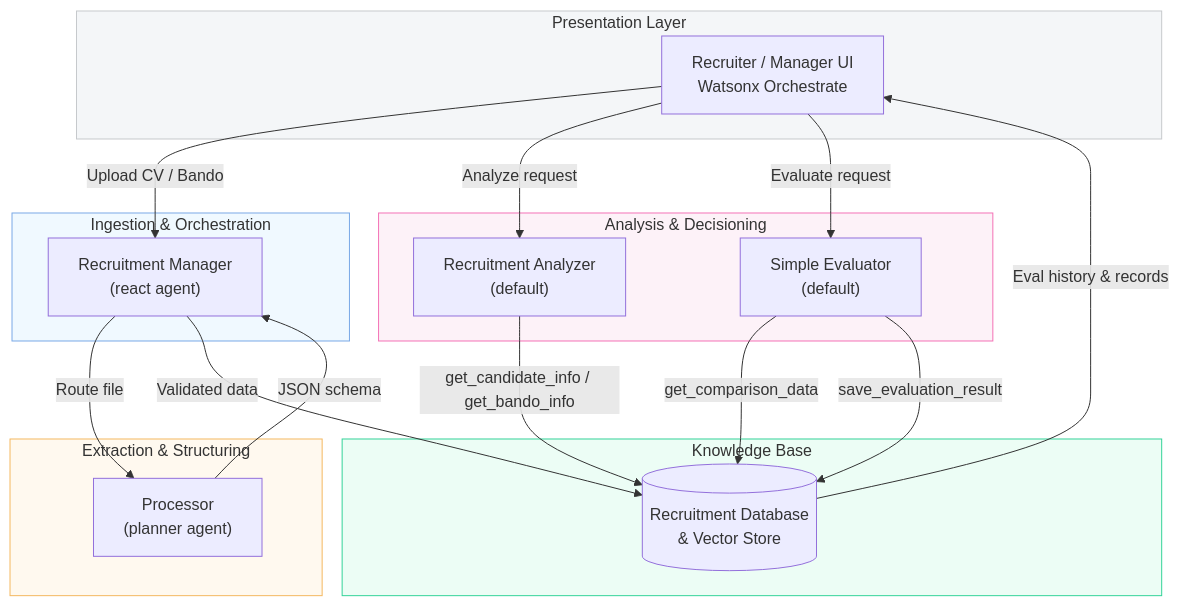
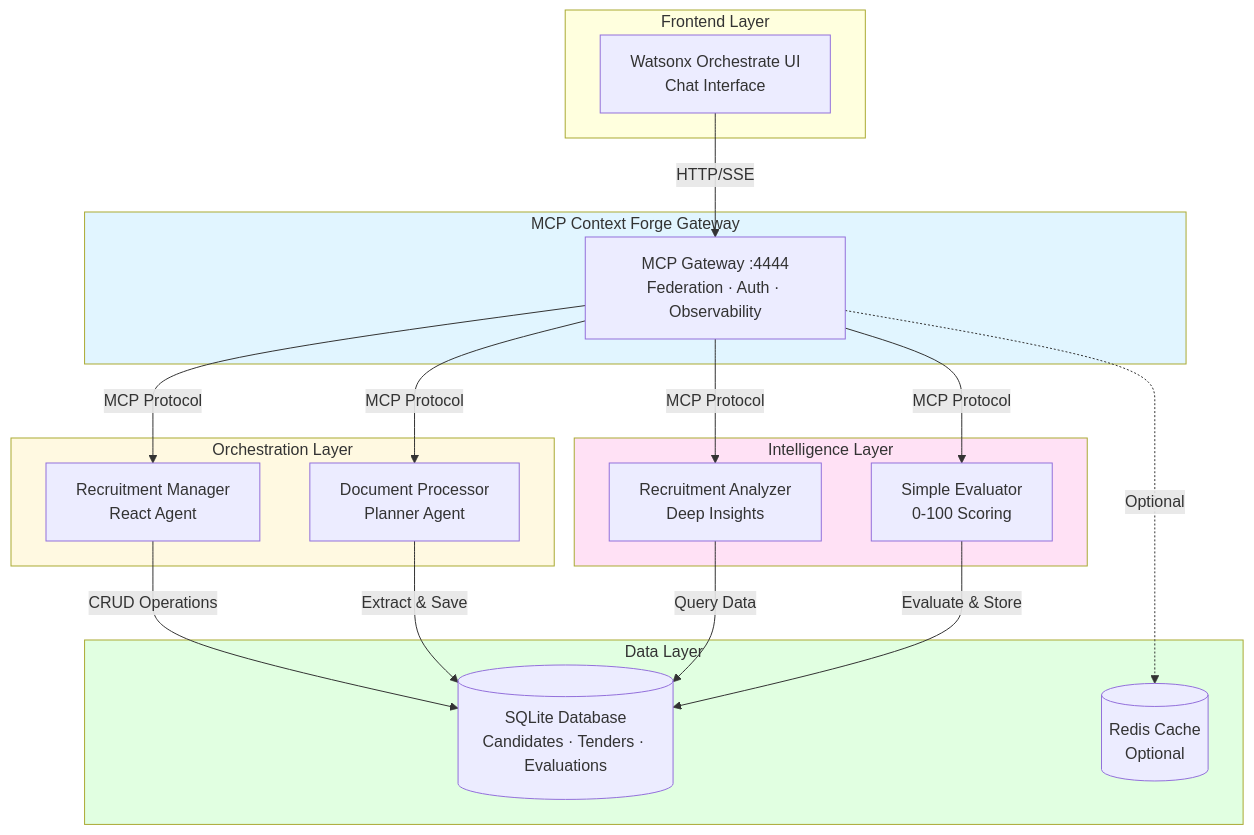
The diagram in README.md (ruslanmv/AI-Recruitment-Suite), drawn with Mermaid before and after one commit. The commit also changed other lines of this file and 13 other files, not shown here.

````diff
--- a/README.md
+++ b/README.md
@@ -39,48 +53,43 @@
 ```mermaid
 flowchart TD
-    %% AI-Driven Recruitment & Tender Matching Suite – Architecture
-
-    subgraph Presentation_Layer["Presentation Layer"]
-        style Presentation_Layer fill:#f4f6f8,stroke:#c6c9cc,stroke-width:1px
-        UI["Recruiter / Manager UI<br/>Watsonx Orchestrate"]
+    subgraph Frontend["Frontend Layer"]
+        UI[Watsonx Orchestrate UI<br/>Chat Interface]
     end
 
-    subgraph Orchestration_Layer["Ingestion & Orchestration"]
-        style Orchestration_Layer fill:#f0f9ff,stroke:#7aa9e6,stroke-width:1px
-        RM["Recruitment Manager<br/>(react agent)"]
+    subgraph Gateway["MCP Context Forge Gateway"]
+        MCPGateway[MCP Gateway :4444<br/>Federation · Auth · Observability]
     end
 
-    subgraph Extraction_Layer["Extraction & Structuring"]
-        style Extraction_Layer fill:#fff9ef,stroke:#f4b860,stroke-width:1px
-        P["Processor<br/>(planner agent)"]
+    subgraph Orchestration["Orchestration Layer"]
+        RM[Recruitment Manager<br/>React Agent]
+        P[Document Processor<br/>Planner Agent]
     end
 
-    subgraph Knowledge_Base["Knowledge Base"]
-        style Knowledge_Base fill:#ecfdf5,stroke:#34d399,stroke-width:1px
-        DB[(Recruitment Database<br/> & Vector Store)]
+    subgraph Intelligence["Intelligence Layer"]
+        RA[Recruitment Analyzer<br/>Deep Insights]
+        SE[Simple Evaluator<br/>0-100 Scoring]
     end
 
-    subgraph Analysis_Layer["Analysis & Decisioning"]
-        style Analysis_Layer fill:#fdf2f8,stroke:#f472b6,stroke-width:1px
-        RA["Recruitment Analyzer<br/>(default)"]
-        SE["Simple Evaluator<br/>(default)"]
+    subgraph Data["Data Layer"]
+        DB[(SQLite Database<br/>Candidates · Tenders · Evaluations)]
+        Cache[(Redis Cache<br/>Optional)]
     end
 
-    %% Flows
-    UI -->|Upload CV / Bando| RM
-    RM -->|Route file| P
-    P -->|JSON schema| RM
-    RM -->|Validated data| DB
+    UI -->|HTTP/SSE| MCPGateway
+    MCPGateway -->|MCP Protocol| RM
+    MCPGateway -->|MCP Protocol| P
+    MCPGateway -->|MCP Protocol| RA
+    MCPGateway -->|MCP Protocol| SE
 
-    UI -->|Analyze request| RA
-    UI -->|Evaluate request| SE
+    RM -->|CRUD Operations| DB
+    P -->|Extract & Save| DB
+    RA -->|Query Data| DB
+    SE -->|Evaluate & Store| DB
 
-    RA -->|get_candidate_info / get_bando_info| DB
-    SE -->|get_comparison_data| DB
-    SE -->|save_evaluation_result| DB
+    MCPGateway -.->|Optional| Cache
 
-    DB -->|Eval history & records| UI
-
-    %% Demo link
-    click UI "http://localhost:3000/chat-lite" _blank
+    style Gateway fill:#e1f5ff
+    style Orchestration fill:#fff9e1
+    style Intelligence fill:#ffe1f5
+    style Data fill:#e1ffe1
 ```
````
